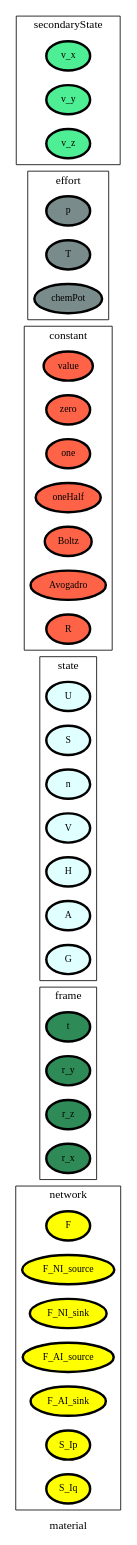
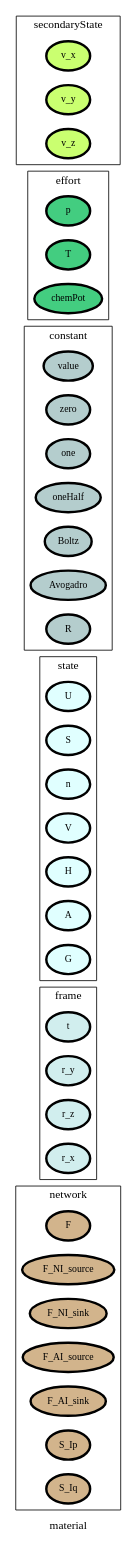
The diagram in ontology_graphs/graph__material.dot (heinz-preisig/processes_starter), drawn with Graphviz before and after one commit. The commit also changed 81 other files, not shown here.

```diff
--- a/ontology_graphs/graph__material.dot
+++ b/ontology_graphs/graph__material.dot
@@ -1,90 +1,90 @@
 digraph material {
 label=material;
 rankdir=LR;
 subgraph cluster_material___property {
 label=property;
 rankdir=LR;
 }
 
 subgraph cluster_material___network {
 label=network;
 rankdir=LR;
-V_2 [fillcolor=yellow, fontsize=12, label=F, penwidth=3, style=filled];
-V_3 [fillcolor=yellow, fontsize=12, label=F_NI_source, penwidth=3, style=filled];
-V_4 [fillcolor=yellow, fontsize=12, label=F_NI_sink, penwidth=3, style=filled];
-V_5 [fillcolor=yellow, fontsize=12, label=F_AI_source, penwidth=3, style=filled];
-V_6 [fillcolor=yellow, fontsize=12, label=F_AI_sink, penwidth=3, style=filled];
-V_7 [fillcolor=yellow, fontsize=12, label=S_Ip, penwidth=3, style=filled];
-V_8 [fillcolor=yellow, fontsize=12, label=S_Iq, penwidth=3, style=filled];
+V_2 [fillcolor=tan, fontsize=12, label=F, penwidth=3, style=filled];
+V_3 [fillcolor=tan, fontsize=12, label=F_NI_source, penwidth=3, style=filled];
+V_4 [fillcolor=tan, fontsize=12, label=F_NI_sink, penwidth=3, style=filled];
+V_5 [fillcolor=tan, fontsize=12, label=F_AI_source, penwidth=3, style=filled];
+V_6 [fillcolor=tan, fontsize=12, label=F_AI_sink, penwidth=3, style=filled];
+V_7 [fillcolor=tan, fontsize=12, label=S_Ip, penwidth=3, style=filled];
+V_8 [fillcolor=tan, fontsize=12, label=S_Iq, penwidth=3, style=filled];
 }
 
 subgraph cluster_material___differenceOperator {
 label=differenceOperator;
 rankdir=LR;
 }
 
 subgraph cluster_material___frame {
 label=frame;
 rankdir=LR;
-V_1 [fillcolor=seagreen4, fontsize=12, label=t, penwidth=3, style=filled];
-V_10 [fillcolor=seagreen4, fontsize=12, label=r_y, penwidth=3, style=filled];
-V_11 [fillcolor=seagreen4, fontsize=12, label=r_z, penwidth=3, style=filled];
-V_9 [fillcolor=seagreen4, fontsize=12, label=r_x, penwidth=3, style=filled];
+V_1 [fillcolor=lightcyan2, fontsize=12, label=t, penwidth=3, style=filled];
+V_10 [fillcolor=lightcyan2, fontsize=12, label=r_y, penwidth=3, style=filled];
+V_11 [fillcolor=lightcyan2, fontsize=12, label=r_z, penwidth=3, style=filled];
+V_9 [fillcolor=lightcyan2, fontsize=12, label=r_x, penwidth=3, style=filled];
 }
 
 subgraph cluster_material___state {
 label=state;
 rankdir=LR;
-V_105 [fillcolor=lightcyan, fontsize=12, label=U, penwidth=3, style=filled];
-V_106 [fillcolor=lightcyan, fontsize=12, label=S, penwidth=3, style=filled];
-V_107 [fillcolor=lightcyan, fontsize=12, label=n, penwidth=3, style=filled];
-V_108 [fillcolor=lightcyan, fontsize=12, label=V, penwidth=3, style=filled];
-V_112 [fillcolor=lightcyan, fontsize=12, label=H, penwidth=3, style=filled];
-V_113 [fillcolor=lightcyan, fontsize=12, label=A, penwidth=3, style=filled];
-V_114 [fillcolor=lightcyan, fontsize=12, label=G, penwidth=3, style=filled];
+V_105 [fillcolor=lightcyan1, fontsize=12, label=U, penwidth=3, style=filled];
+V_106 [fillcolor=lightcyan1, fontsize=12, label=S, penwidth=3, style=filled];
+V_107 [fillcolor=lightcyan1, fontsize=12, label=n, penwidth=3, style=filled];
+V_108 [fillcolor=lightcyan1, fontsize=12, label=V, penwidth=3, style=filled];
+V_112 [fillcolor=lightcyan1, fontsize=12, label=H, penwidth=3, style=filled];
+V_113 [fillcolor=lightcyan1, fontsize=12, label=A, penwidth=3, style=filled];
+V_114 [fillcolor=lightcyan1, fontsize=12, label=G, penwidth=3, style=filled];
 }
 
 subgraph cluster_material___constant {
 label=constant;
 rankdir=LR;
-V_101 [fillcolor=tomato, fontsize=12, label=value, penwidth=3, style=filled];
-V_102 [fillcolor=tomato, fontsize=12, label=zero, penwidth=3, style=filled];
-V_103 [fillcolor=tomato, fontsize=12, label=one, penwidth=3, style=filled];
-V_104 [fillcolor=tomato, fontsize=12, label=oneHalf, penwidth=3, style=filled];
-V_118 [fillcolor=tomato, fontsize=12, label=Boltz, penwidth=3, style=filled];
-V_119 [fillcolor=tomato, fontsize=12, label=Avogadro, penwidth=3, style=filled];
-V_120 [fillcolor=tomato, fontsize=12, label=R, penwidth=3, style=filled];
+V_101 [fillcolor=lightcyan3, fontsize=12, label=value, penwidth=3, style=filled];
+V_102 [fillcolor=lightcyan3, fontsize=12, label=zero, penwidth=3, style=filled];
+V_103 [fillcolor=lightcyan3, fontsize=12, label=one, penwidth=3, style=filled];
+V_104 [fillcolor=lightcyan3, fontsize=12, label=oneHalf, penwidth=3, style=filled];
+V_118 [fillcolor=lightcyan3, fontsize=12, label=Boltz, penwidth=3, style=filled];
+V_119 [fillcolor=lightcyan3, fontsize=12, label=Avogadro, penwidth=3, style=filled];
+V_120 [fillcolor=lightcyan3, fontsize=12, label=R, penwidth=3, style=filled];
 }
 
 subgraph cluster_material___effort {
 label=effort;
 rankdir=LR;
-V_109 [fillcolor=lightcyan4, fontsize=12, label=p, penwidth=3, style=filled];
-V_110 [fillcolor=lightcyan4, fontsize=12, label=T, penwidth=3, style=filled];
-V_111 [fillcolor=lightcyan4, fontsize=12, label=chemPot, penwidth=3, style=filled];
+V_109 [fillcolor=seagreen3, fontsize=12, label=p, penwidth=3, style=filled];
+V_110 [fillcolor=seagreen3, fontsize=12, label=T, penwidth=3, style=filled];
+V_111 [fillcolor=seagreen3, fontsize=12, label=chemPot, penwidth=3, style=filled];
 }
 
 subgraph cluster_material___secondaryState {
 label=secondaryState;
 rankdir=LR;
-V_115 [fillcolor=seagreen2, fontsize=12, label=v_x, penwidth=3, style=filled];
-V_116 [fillcolor=seagreen2, fontsize=12, label=v_y, penwidth=3, style=filled];
-V_117 [fillcolor=seagreen2, fontsize=12, label=v_z, penwidth=3, style=filled];
+V_115 [fillcolor=darkolivegreen1, fontsize=12, label=v_x, penwidth=3, style=filled];
+V_116 [fillcolor=darkolivegreen1, fontsize=12, label=v_y, penwidth=3, style=filled];
+V_117 [fillcolor=darkolivegreen1, fontsize=12, label=v_z, penwidth=3, style=filled];
 }
 
 subgraph cluster_material___diffState {
 label=diffState;
 rankdir=LR;
 }
 
 subgraph cluster_material___property {
 label=property;
 rankdir=LR;
 }
 
 subgraph cluster_material___conversion {
 label=conversion;
 rankdir=LR;
 }
 
 }
```
